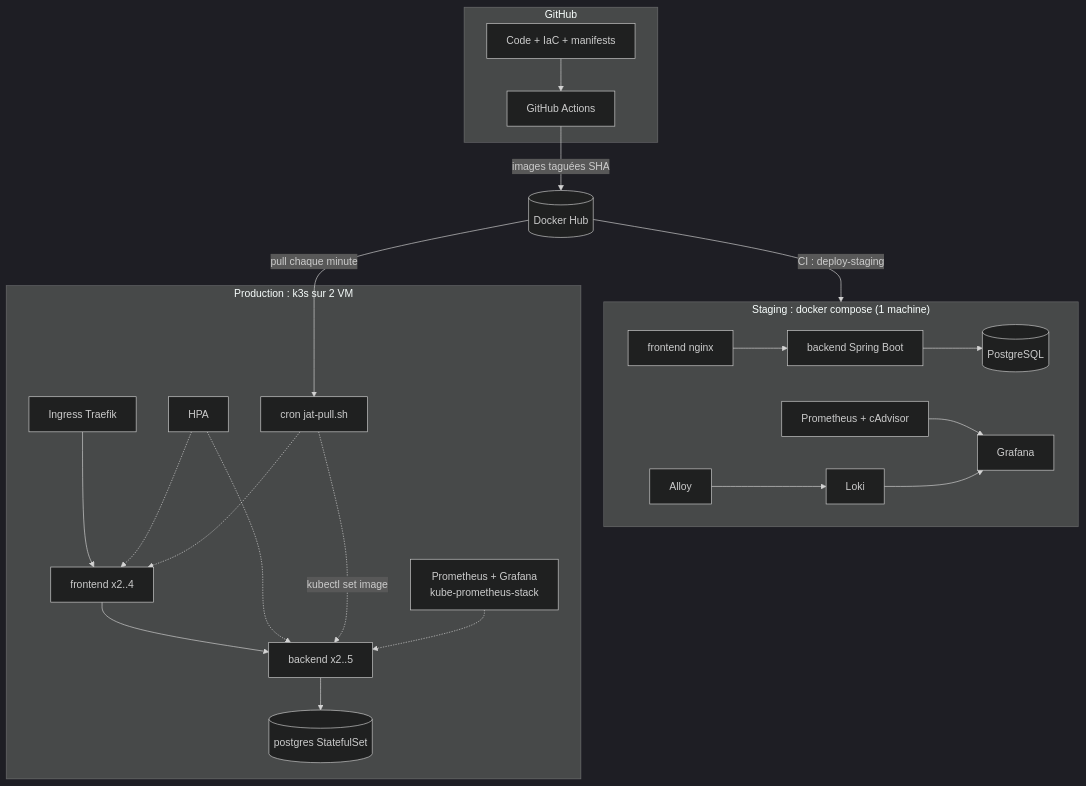
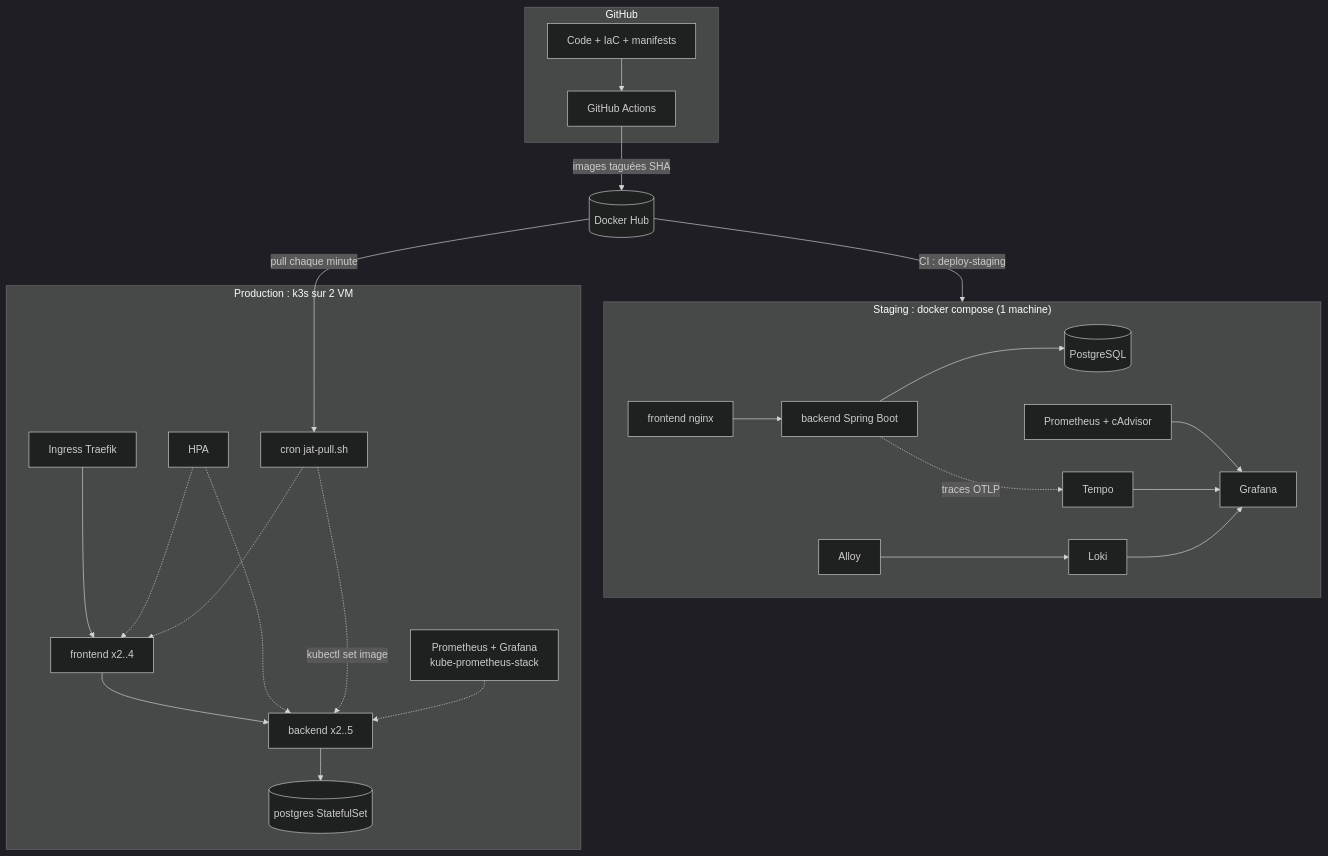
One commit to AnecV8/Projet-devops-avancee changed the first of 2 diagrams in docs/dossier-projet.md. Above: the diagram before and after it, drawn with Mermaid (dark theme). The commit also changed other lines of this file and 5 other files, not shown here.

````diff
--- a/docs/dossier-projet.md
+++ b/docs/dossier-projet.md
@@ -13,27 +13,28 @@
 ```mermaid
 flowchart TB
   subgraph GitHub
     code[Code + IaC + manifests] --> ci[GitHub Actions]
   end
   ci -->|images taguées SHA| hub[(Docker Hub)]
 
   subgraph Staging["Staging : docker compose (1 machine)"]
     sfront[frontend nginx] --> sback[backend Spring Boot] --> sdb[(PostgreSQL)]
     sprom[Prometheus + cAdvisor] --> sgraf[Grafana]
     salloy[Alloy] --> sloki[Loki] --> sgraf
+    sback -.->|traces OTLP| stempo[Tempo] --> sgraf
   end
 
   subgraph Prod["Production : k3s sur 2 VM"]
     ing[Ingress Traefik] --> pfront[frontend x2..4]
     pfront --> pback[backend x2..5]
     pback --> pdb[(postgres StatefulSet)]
     hpa[HPA] -.-> pfront
     hpa -.-> pback
     cron[cron jat-pull.sh] -.->|kubectl set image| pback
     cron -.-> pfront
     kps[Prometheus + Grafana<br/>kube-prometheus-stack] -.-> pback
   end
 
   hub -->|CI : deploy-staging| Staging
   hub -->|pull chaque minute| cron
 ```
````
